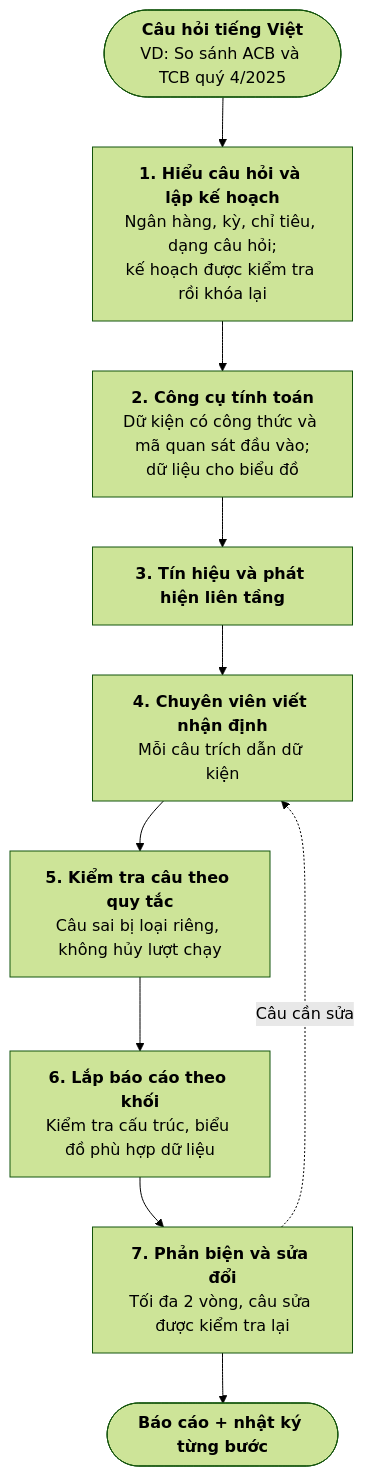
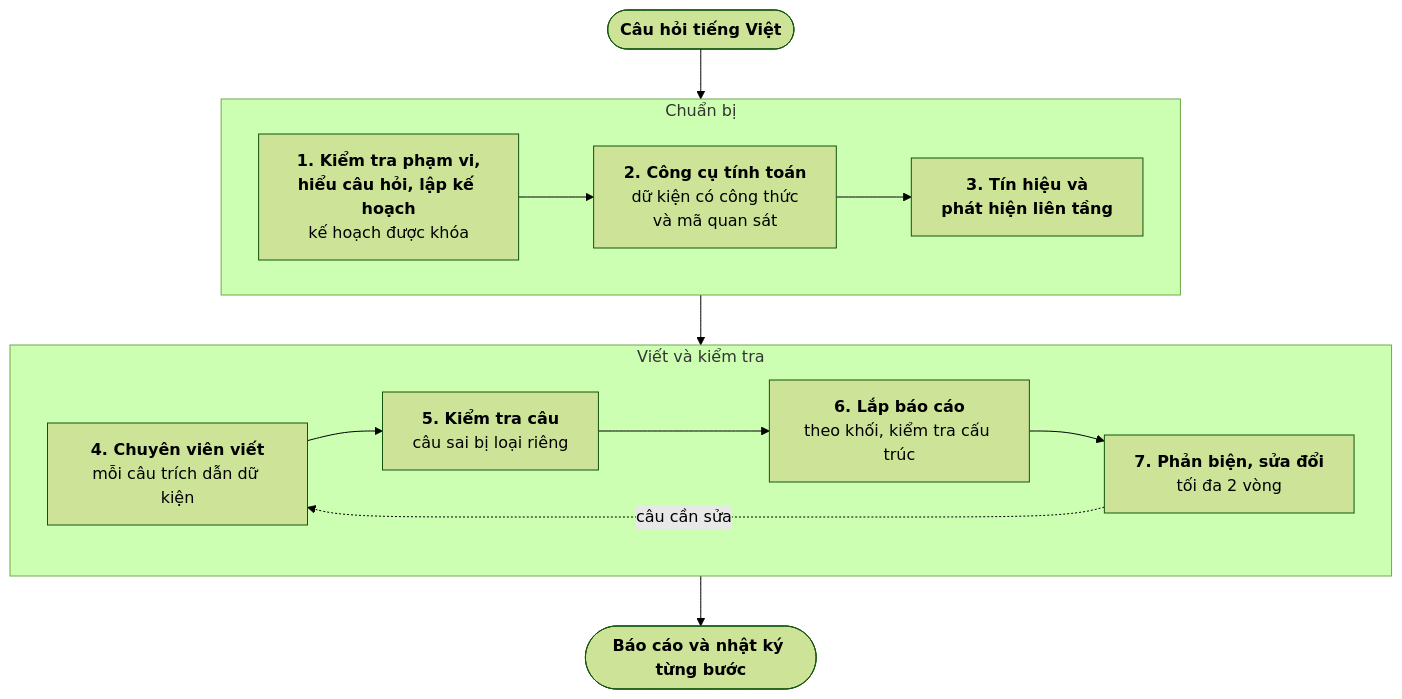
The diagram in docs/thesis-v2/figures/hinh-4-2-luong-phan-tich-end-to-end.mmd (thaicuong576/final-thesis), drawn with Mermaid (forest theme) before and after one commit. The commit also changed 16 other files, not shown here.

First line of the commit message:
docs(thesis): [FIG] monochrome diagrams and plain charts (#164)

```diff
--- a/docs/thesis-v2/figures/hinh-4-2-luong-phan-tich-end-to-end.mmd
+++ b/docs/thesis-v2/figures/hinh-4-2-luong-phan-tich-end-to-end.mmd
@@ -1,12 +1,22 @@
-flowchart TD
-    Q(["<b>Câu hỏi tiếng Việt</b><br/>VD: So sánh ACB và TCB quý 4/2025"])
-    P["<b>1. Hiểu câu hỏi và lập kế hoạch</b><br/>Ngân hàng, kỳ, chỉ tiêu, dạng câu hỏi;<br/>kế hoạch được kiểm tra rồi khóa lại"]
-    T["<b>2. Công cụ tính toán</b><br/>Dữ kiện có công thức và mã quan sát đầu vào;<br/>dữ liệu cho biểu đồ"]
-    G["<b>3. Tín hiệu và phát hiện liên tầng</b>"]
-    W["<b>4. Chuyên viên viết nhận định</b><br/>Mỗi câu trích dẫn dữ kiện"]
-    V["<b>5. Kiểm tra câu theo quy tắc</b><br/>Câu sai bị loại riêng, không hủy lượt chạy"]
-    A["<b>6. Lắp báo cáo theo khối</b><br/>Kiểm tra cấu trúc, biểu đồ phù hợp dữ liệu"]
-    C["<b>7. Phản biện và sửa đổi</b><br/>Tối đa 2 vòng, câu sửa được kiểm tra lại"]
-    O(["<b>Báo cáo + nhật ký từng bước</b>"])
-    Q --> P --> T --> G --> W --> V --> A --> C --> O
-    C -.->|"Câu cần sửa"| W
+flowchart TB
+    Q(["<b>Câu hỏi tiếng Việt</b>"])
+    subgraph PRE ["Chuẩn bị"]
+        direction LR
+        P["<b>1. Kiểm tra phạm vi,<br/>hiểu câu hỏi, lập kế hoạch</b><br/>kế hoạch được khóa"]
+        T["<b>2. Công cụ tính toán</b><br/>dữ kiện có công thức<br/>và mã quan sát"]
+        G["<b>3. Tín hiệu và<br/>phát hiện liên tầng</b>"]
+        P --> T --> G
+    end
+    subgraph WRI ["Viết và kiểm tra"]
+        direction LR
+        W["<b>4. Chuyên viên viết</b><br/>mỗi câu trích dẫn dữ kiện"]
+        V["<b>5. Kiểm tra câu</b><br/>câu sai bị loại riêng"]
+        A["<b>6. Lắp báo cáo</b><br/>theo khối, kiểm tra cấu trúc"]
+        C["<b>7. Phản biện, sửa đổi</b><br/>tối đa 2 vòng"]
+        W --> V --> A --> C
+        C -.->|"câu cần sửa"| W
+    end
+    O(["<b>Báo cáo và nhật ký từng bước</b>"])
+    Q --> PRE
+    PRE --> WRI
+    WRI --> O
```
